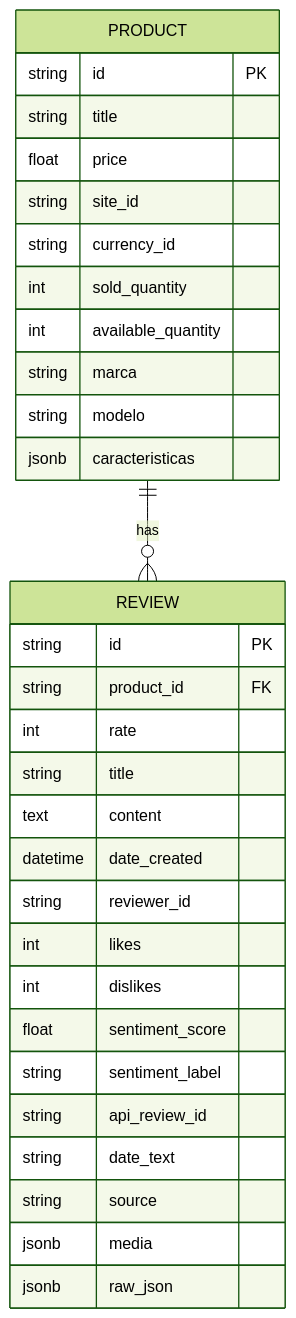
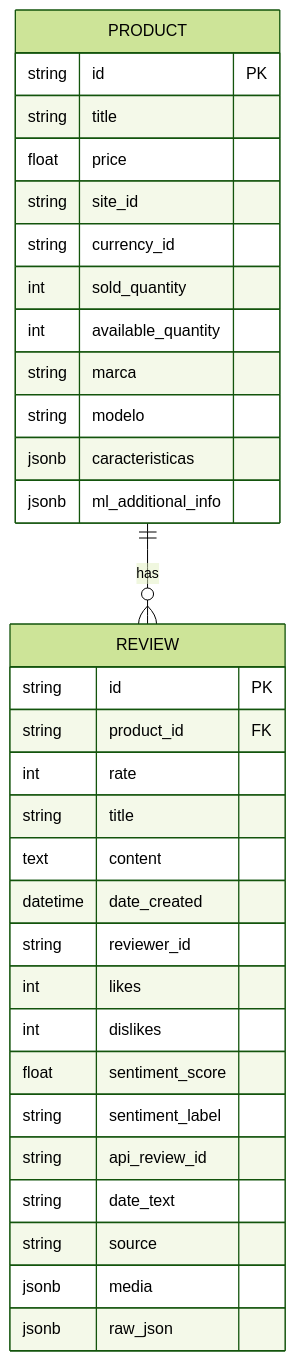
One commit to bmendez-habito/brands-reviews changed the sixth of 6 diagrams in docs/ARCHITECTURE.md. Above: the diagram before and after it, drawn with Mermaid (forest theme). The commit also changed other lines of this file and 8 other files, not shown here.

````diff
--- a/docs/ARCHITECTURE.md
+++ b/docs/ARCHITECTURE.md
@@ -83,34 +137,35 @@
 ```mermaid
 erDiagram
   PRODUCT ||--o{ REVIEW : has
   PRODUCT {
     string id PK
     string title
     float price
     string site_id
     string currency_id
     int sold_quantity
     int available_quantity
     string marca
     string modelo
     jsonb caracteristicas
+    jsonb ml_additional_info
   }
   REVIEW {
     string id PK
     string product_id FK
     int rate
     string title
     text content
     datetime date_created
     string reviewer_id
     int likes
     int dislikes
     float sentiment_score
     string sentiment_label
     string api_review_id
     string date_text
     string source
     jsonb media
     jsonb raw_json
   }
 ```
````
